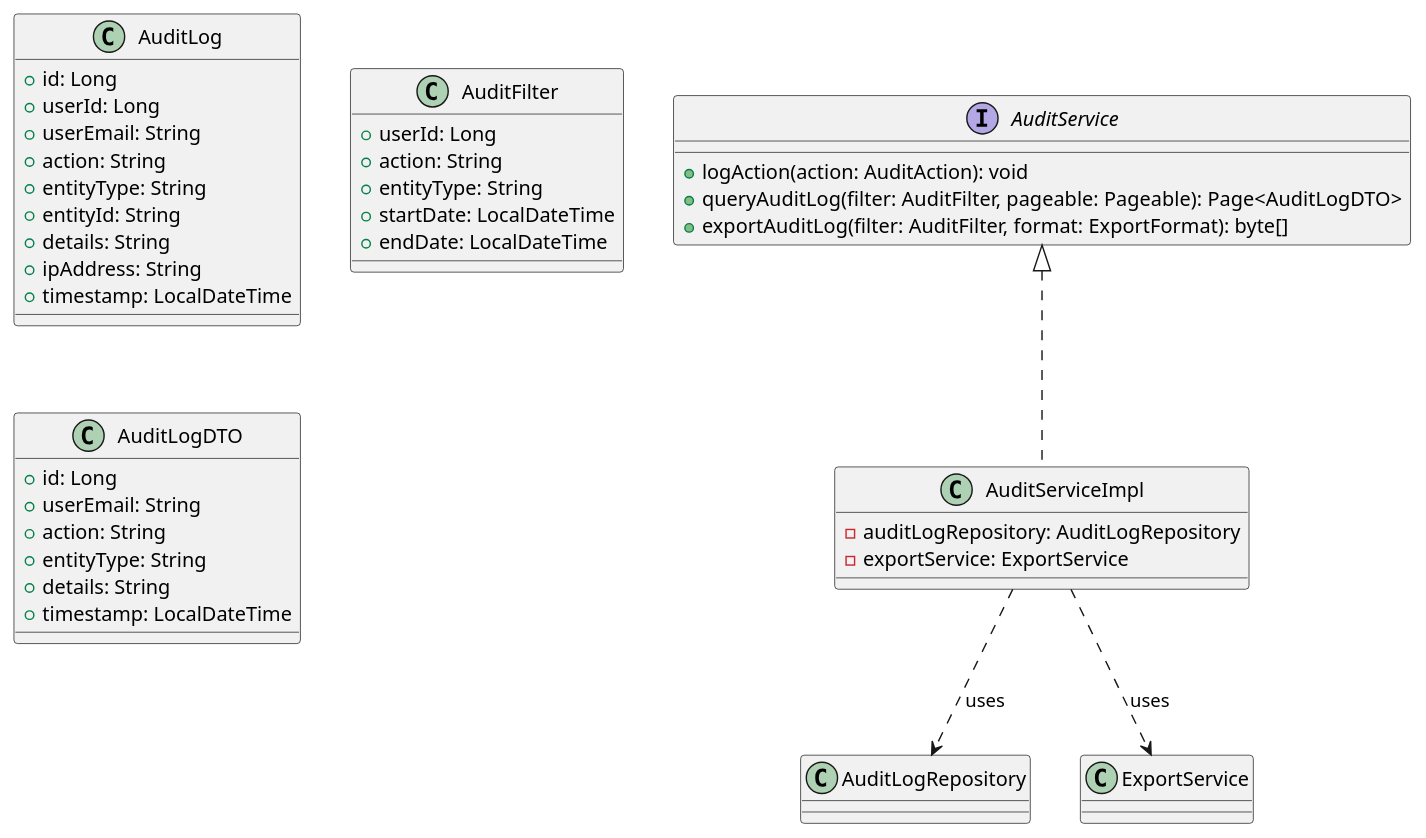
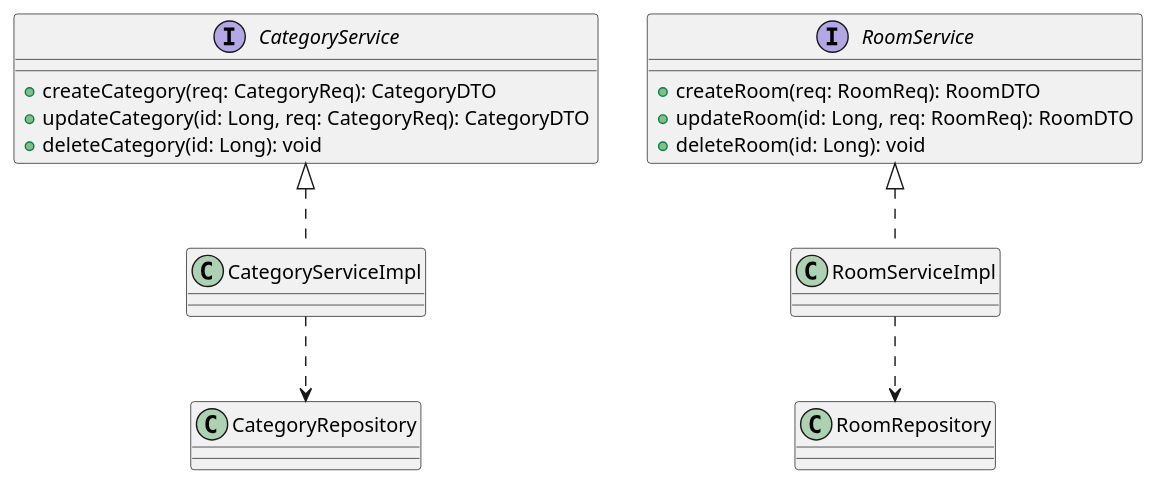
Before and after one commit to Luuxinhxinh/hoanien-resort: the first of 2 diagrams in 06-Testing/mod1_auth/uc06/EDS_uc06_SPEC.md, drawn with PlantUML. The commit also changed other lines of this file and 81 other files, not shown here.

````diff
--- a/06-Testing/mod1_auth/uc06/EDS_uc06_SPEC.md
+++ b/06-Testing/mod1_auth/uc06/EDS_uc06_SPEC.md
@@ -118,46 +100,21 @@
 ```plantuml
 @startuml
-interface AuditService {
-  +logAction(action: AuditAction): void
-  +queryAuditLog(filter: AuditFilter, pageable: Pageable): Page<AuditLogDTO>
-  +exportAuditLog(filter: AuditFilter, format: ExportFormat): byte[]
+interface CategoryService {
+  +createCategory(req: CategoryReq): CategoryDTO
+  +updateCategory(id: Long, req: CategoryReq): CategoryDTO
+  +deleteCategory(id: Long): void
 }
 
-class AuditServiceImpl implements AuditService {
-  -auditLogRepository: AuditLogRepository
-  -exportService: ExportService
+interface RoomService {
+  +createRoom(req: RoomReq): RoomDTO
+  +updateRoom(id: Long, req: RoomReq): RoomDTO
+  +deleteRoom(id: Long): void
 }
 
-class AuditLog {
-  +id: Long
-  +userId: Long
-  +userEmail: String
-  +action: String
-  +entityType: String
-  +entityId: String
-  +details: String
-  +ipAddress: String
-  +timestamp: LocalDateTime
-}
+class CategoryServiceImpl implements CategoryService
+class RoomServiceImpl implements RoomService
 
-class AuditFilter {
-  +userId: Long
-  +action: String
-  +entityType: String
-  +startDate: LocalDateTime
-  +endDate: LocalDateTime
-}
-
-class AuditLogDTO {
-  +id: Long
-  +userEmail: String
-  +action: String
-  +entityType: String
-  +details: String
-  +timestamp: LocalDateTime
-}
-
-AuditServiceImpl ..> AuditLogRepository : uses
-AuditServiceImpl ..> ExportService : uses
+CategoryServiceImpl ..> CategoryRepository
+RoomServiceImpl ..> RoomRepository
 @enduml
 ```
````
